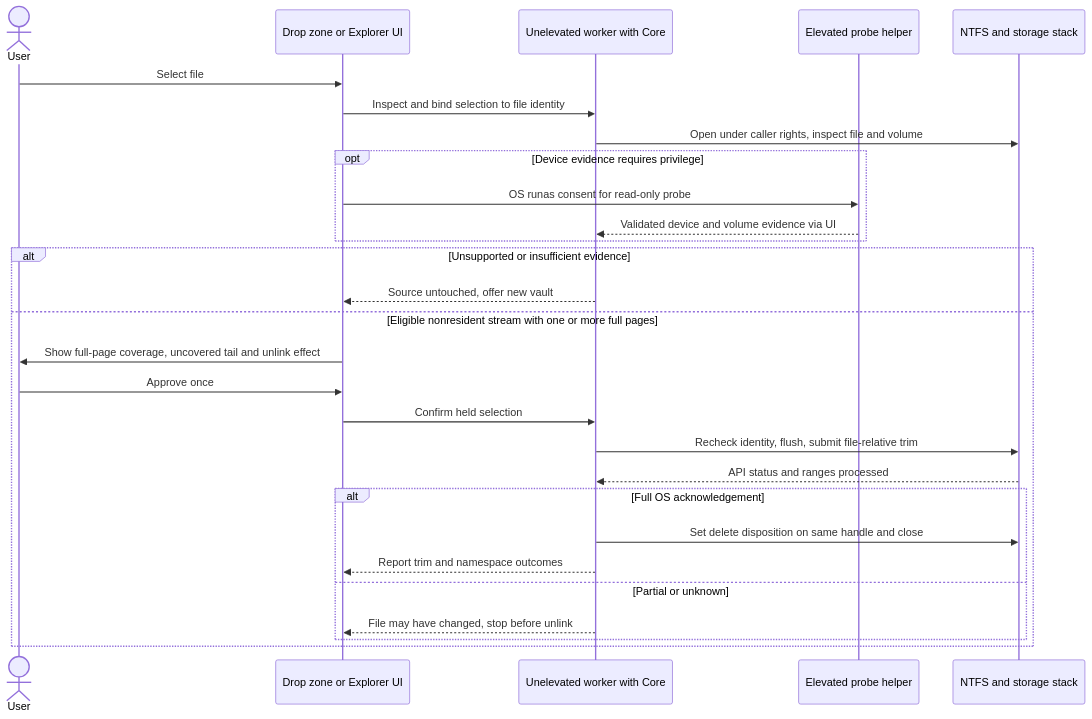
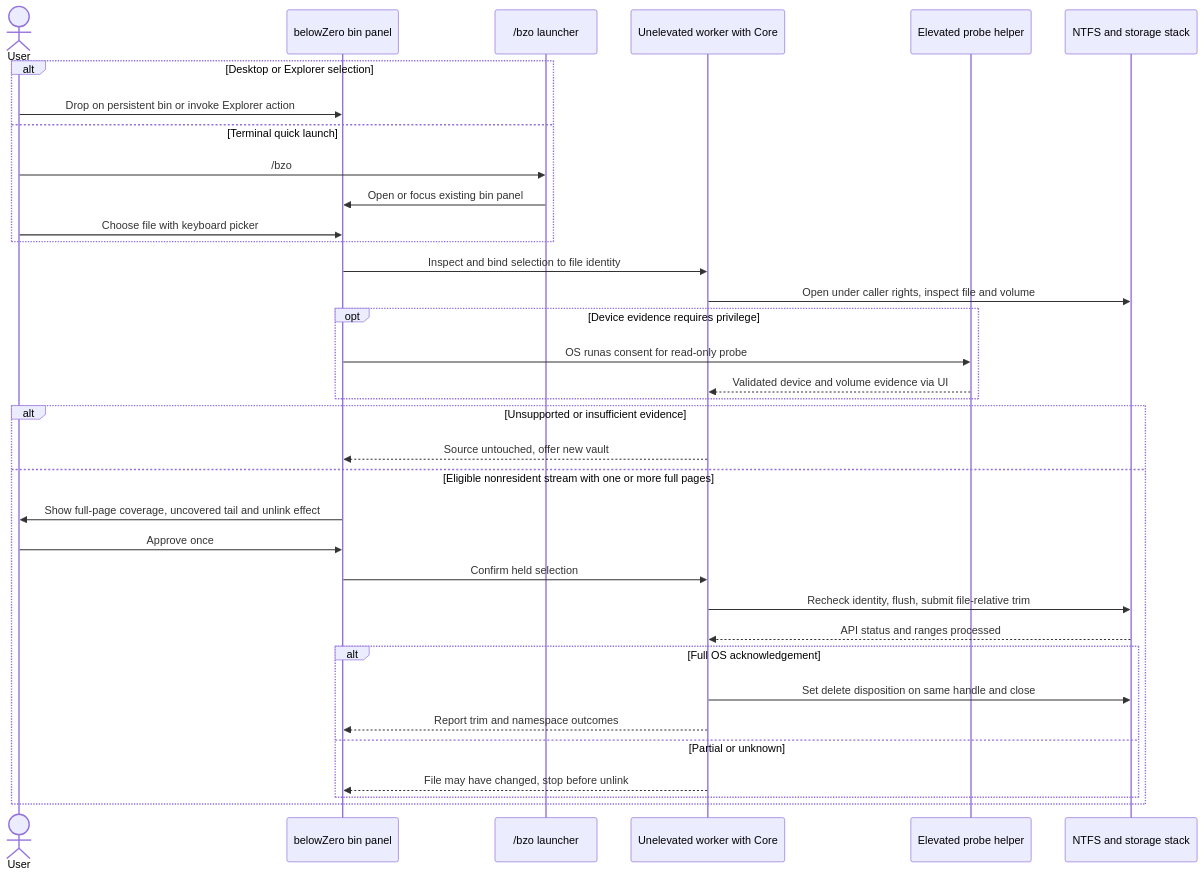
Before and after one commit to sanjayrv-dev/belowZero: the first of 2 diagrams in docs/02_SYSTEM_ARCHITECTURE.md, drawn with Mermaid. The commit also changed other lines of this file and 3 other files, not shown here.

Commit message:
docs: update architecture and planning docs

````diff
--- a/docs/02_SYSTEM_ARCHITECTURE.md
+++ b/docs/02_SYSTEM_ARCHITECTURE.md
@@ -26,30 +42,37 @@
 ```mermaid
 sequenceDiagram
     actor U as User
-    participant UI as Drop zone or Explorer UI
+    participant UI as belowZero bin panel
+    participant CLI as /bzo launcher
     participant W as Unelevated worker with Core
     participant E as Elevated probe helper
     participant F as NTFS and storage stack
-    U->>UI: Select file
+    alt Desktop or Explorer selection
+        U->>UI: Drop on persistent bin or invoke Explorer action
+    else Terminal quick launch
+        U->>CLI: /bzo
+        CLI->>UI: Open or focus existing bin panel
+        U->>UI: Choose file with keyboard picker
+    end
     UI->>W: Inspect and bind selection to file identity
     W->>F: Open under caller rights, inspect file and volume
     opt Device evidence requires privilege
         UI->>E: OS runas consent for read-only probe
         E-->>W: Validated device and volume evidence via UI
     end
     alt Unsupported or insufficient evidence
         W-->>UI: Source untouched, offer new vault
     else Eligible nonresident stream with one or more full pages
         UI->>U: Show full-page coverage, uncovered tail and unlink effect
         U->>UI: Approve once
         UI->>W: Confirm held selection
         W->>F: Recheck identity, flush, submit file-relative trim
         F-->>W: API status and ranges processed
         alt Full OS acknowledgement
             W->>F: Set delete disposition on same handle and close
             W-->>UI: Report trim and namespace outcomes
         else Partial or unknown
             W-->>UI: File may have changed, stop before unlink
         end
     end
 ```
````
